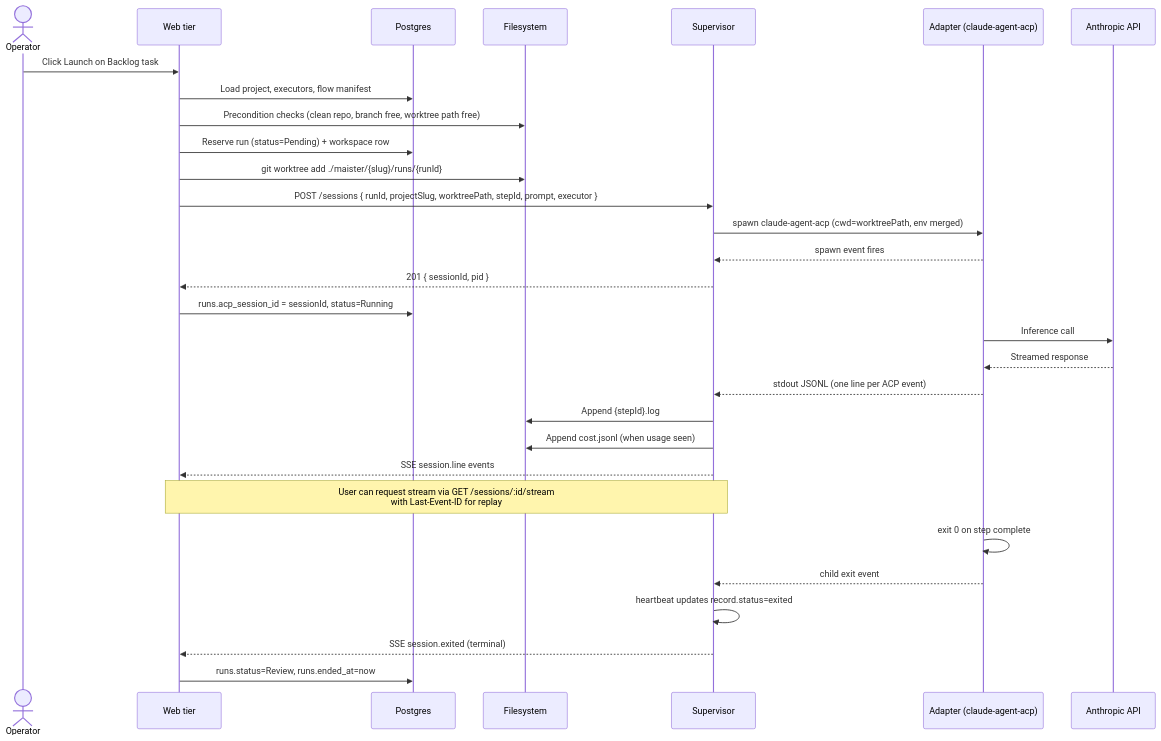
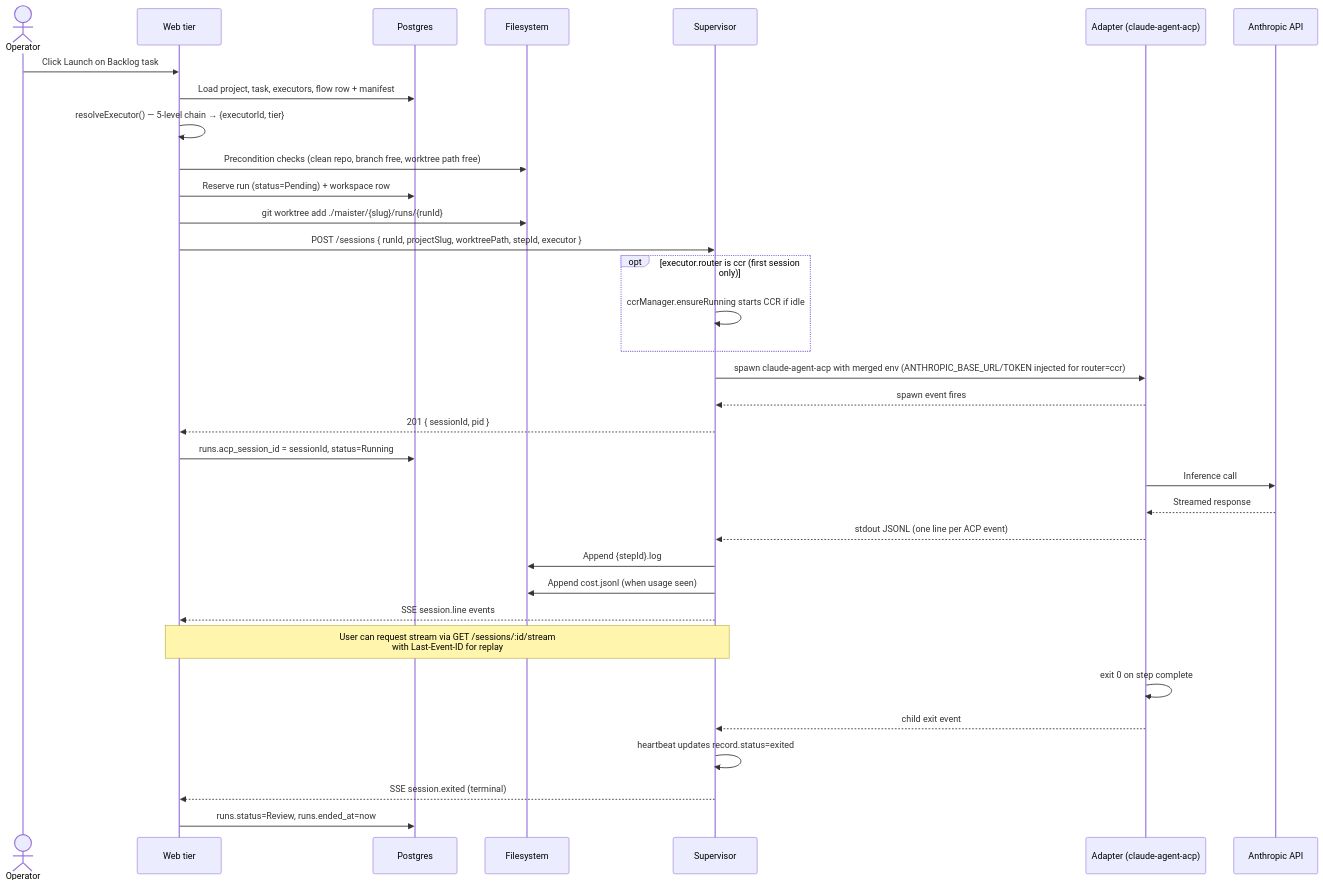
Before and after one commit to maister-dev/maister: the fifth of 7 diagrams in docs/architecture.md, drawn with Mermaid. The commit also changed other lines of this file and 5 other files, not shown here.

````diff
--- a/docs/architecture.md
+++ b/docs/architecture.md
@@ -278,36 +284,40 @@
 ```mermaid
 sequenceDiagram
     actor U as Operator
     participant W as Web tier
     participant DB as Postgres
     participant FS as Filesystem
     participant S as Supervisor
     participant A as Adapter (claude-agent-acp)
     participant LLM as Anthropic API
 
     U->>W: Click Launch on Backlog task
-    W->>DB: Load project, executors, flow manifest
+    W->>DB: Load project, task, executors, flow row + manifest
+    W->>W: resolveExecutor() — 5-level chain → {executorId, tier}
     W->>FS: Precondition checks (clean repo, branch free, worktree path free)
     W->>DB: Reserve run (status=Pending) + workspace row
     W->>FS: git worktree add ./maister/{slug}/runs/{runId}
-    W->>S: POST /sessions { runId, projectSlug, worktreePath, stepId, prompt, executor }
-    S->>A: spawn claude-agent-acp (cwd=worktreePath, env merged)
+    W->>S: POST /sessions { runId, projectSlug, worktreePath, stepId, executor }
+    opt executor.router is ccr (first session only)
+        S->>S: ccrManager.ensureRunning starts CCR if idle
+    end
+    S->>A: spawn claude-agent-acp with merged env (ANTHROPIC_BASE_URL/TOKEN injected for router=ccr)
     A-->>S: spawn event fires
     S-->>W: 201 { sessionId, pid }
     W->>DB: runs.acp_session_id = sessionId, status=Running
 
     A->>LLM: Inference call
     LLM-->>A: Streamed response
     A-->>S: stdout JSONL (one line per ACP event)
     S->>FS: Append {stepId}.log
     S->>FS: Append cost.jsonl (when usage seen)
     S-->>W: SSE session.line events
 
     Note over W,S: User can request stream via GET /sessions/:id/stream<br/>with Last-Event-ID for replay
 
     A->>A: exit 0 on step complete
     A-->>S: child exit event
     S->>S: heartbeat updates record.status=exited
     S-->>W: SSE session.exited (terminal)
     W->>DB: runs.status=Review, runs.ended_at=now
 ```
````
